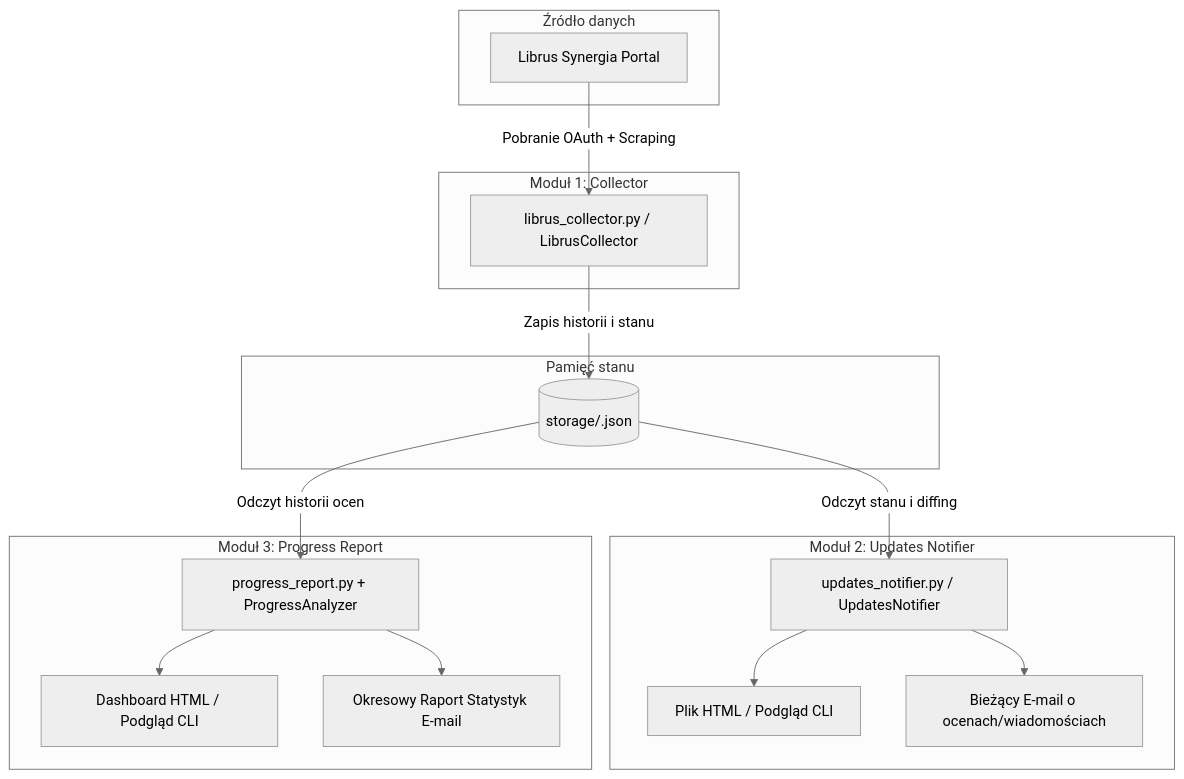
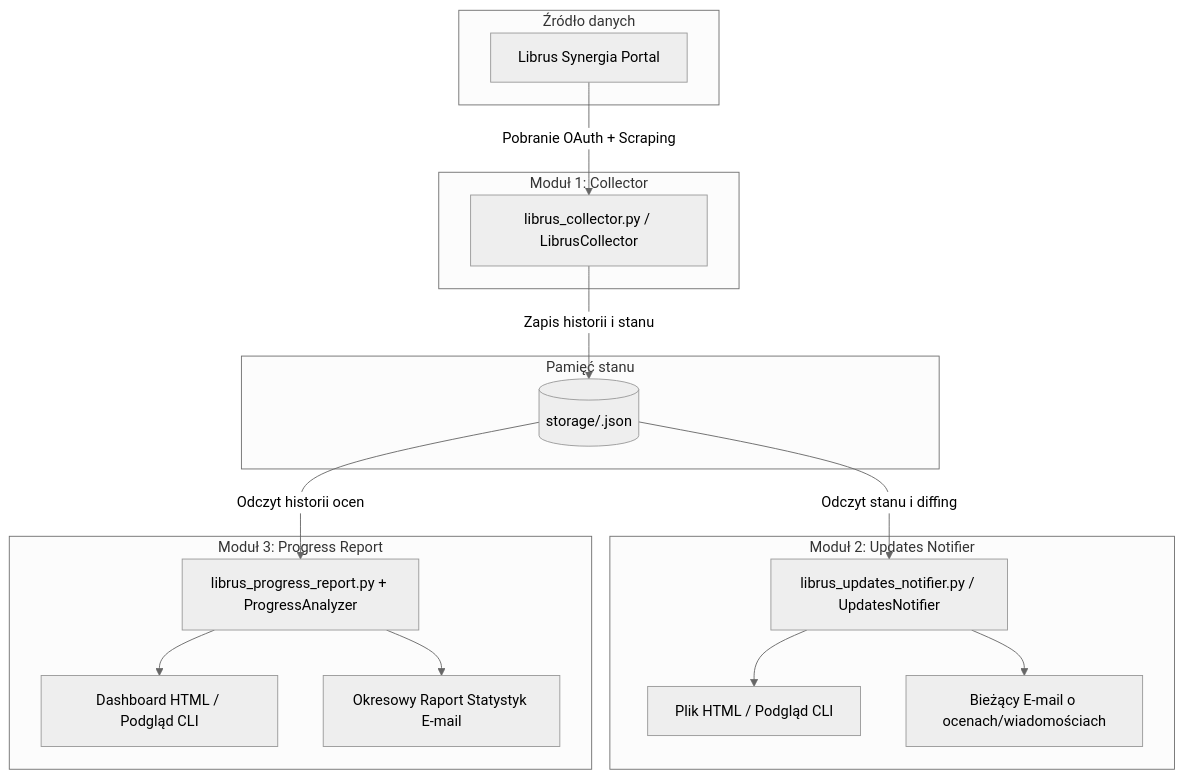
Before and after one commit to cackoarek/librus2mail: the diagram in useful-scripts.md, drawn with Mermaid (neutral theme). The commit also changed other lines of this file and 14 other files, not shown here.

````diff
--- a/useful-scripts.md
+++ b/useful-scripts.md
@@ -11,35 +11,35 @@
 ```mermaid
 flowchart TD
     subgraph Źródło danych
         L[Librus Synergia Portal]
     end
 
     subgraph Moduł 1: Collector
         C[librus_collector.py / LibrusCollector]
     end
 
     subgraph Pamięć stanu
         S[(storage/<login>.json)]
     end
 
     subgraph Moduł 2: Updates Notifier
-        N[updates_notifier.py / UpdatesNotifier]
+        N[librus_updates_notifier.py / UpdatesNotifier]
         N_HTML[Plik HTML / Podgląd CLI]
         N_MAIL[Bieżący E-mail o ocenach/wiadomościach]
     end
 
     subgraph Moduł 3: Progress Report
-        PR[progress_report.py + ProgressAnalyzer]
+        PR[librus_progress_report.py + ProgressAnalyzer]
         PR_HTML[Dashboard HTML / Podgląd CLI]
         PR_MAIL[Okresowy Raport Statystyk E-mail]
     end
 
     L -->|Pobranie OAuth + Scraping| C
     C -->|Zapis historii i stanu| S
     S -->|Odczyt stanu i diffing| N
     S -->|Odczyt historii ocen| PR
     N --> N_HTML
     N --> N_MAIL
     PR --> PR_HTML
     PR --> PR_MAIL
 ```
````
